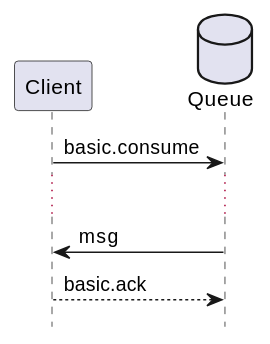
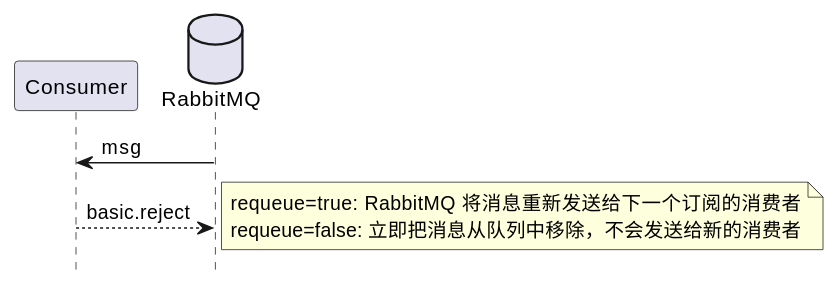
One commit to ruanhao/basset changed the third of 4 diagrams in midwares/rabbitmq.org. Above: the diagram before and after it, drawn with PlantUML. The commit also changed other lines of this file and 8 other files, not shown here.

```diff
--- a/midwares/rabbitmq.org
+++ b/midwares/rabbitmq.org
@@ -68,10 +65,12 @@
 #+BEGIN_SRC plantuml :file img/rabbitmq_reject.png
   hide footbox
-  participant Client as c
-  database Queue as q
+  participant Consumer as c
+  database RabbitMQ as q
 
-  c -> q : basic.consume
-  ...
   q -> c : msg
-  c --> q : basic.ack
+  c --> q : basic.reject
+  note right
+  requeue=true:  RabbitMQ 将消息重新发送给下一个订阅的消费者
+  requeue=false: 立即把消息从队列中移除，不会发送给新的消费者
+  end note
 #+END_SRC
```
